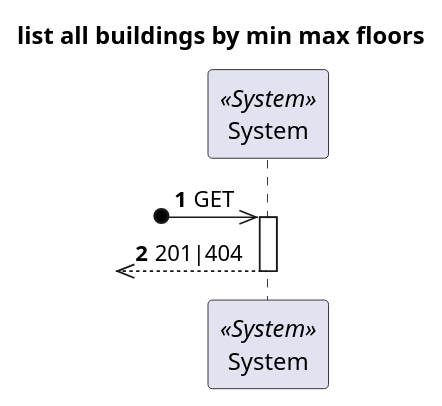
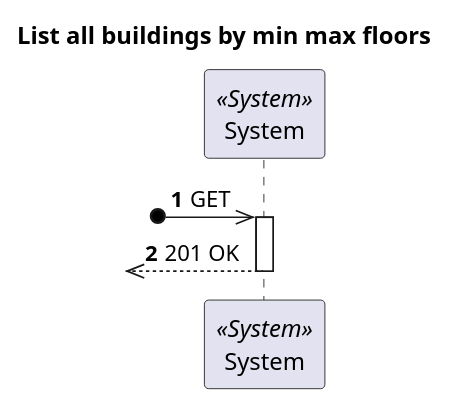
One commit to 1210910/lapr5 changed the diagram in docs/VistaProcesso/US180/ProcessView_Level1_US180.puml. Above: the diagram before and after it, drawn with PlantUML. The commit also changed 5 other files, not shown here.

```diff
--- a/docs/VistaProcesso/US180/ProcessView_Level1_US180.puml
+++ b/docs/VistaProcesso/US180/ProcessView_Level1_US180.puml
@@ -1,18 +1,18 @@
 @startuml
 'https://plantuml.com/sequence-diagram
 
 autonumber
 skinparam packageStyle rect
 
-title list all buildings by min max floors
+title List all buildings by min max floors
 
 participant "System" as Sys <<System>>
 
 ?o->> Sys : GET
 
 activate Sys
-?o<<-- Sys : 201|404
+?o<<-- Sys : 201 OK
 deactivate Sys
 
 
 @enduml
```
